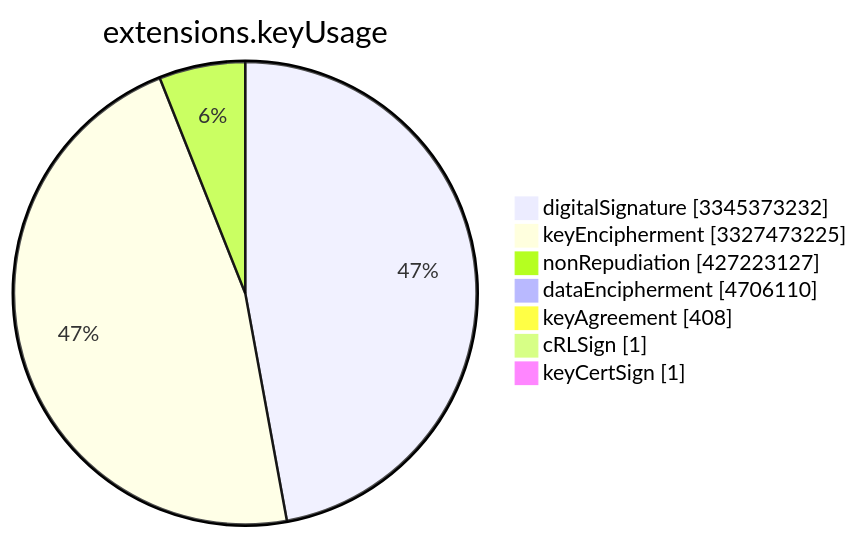
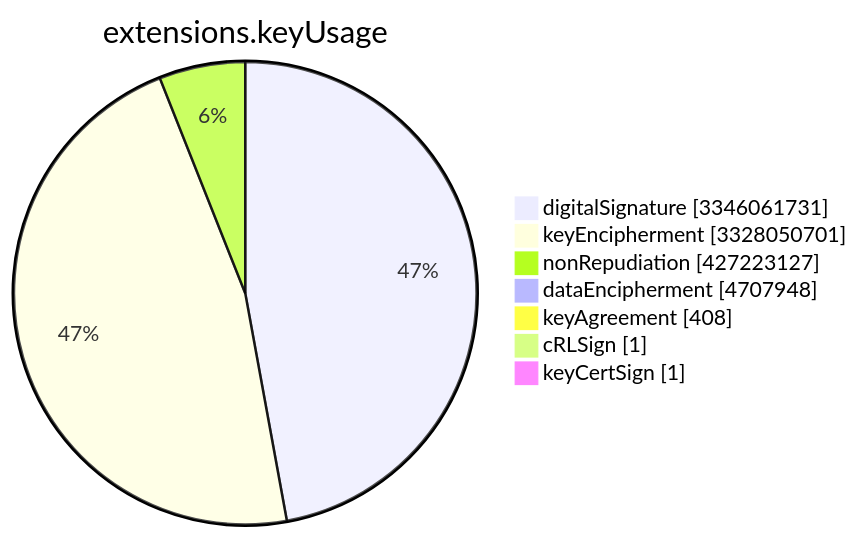
Before and after one commit to christiankrug/ctmonitor_visualization: the sixth of 15 diagrams in TOTAL/README.md, drawn with Mermaid. The commit also changed other lines of this file, not shown here.

````diff
--- a/TOTAL/README.md
+++ b/TOTAL/README.md
@@ -3079,11 +3079,11 @@
 ```mermaid
 pie showData
 title extensions.keyUsage
-"digitalSignature" :3345373232
-"keyEncipherment" :3327473225
+"digitalSignature" :3346061731
+"keyEncipherment" :3328050701
 "nonRepudiation" :427223127
-"dataEncipherment" :4706110
+"dataEncipherment" :4707948
 "keyAgreement" :408
 "cRLSign" :1
 "keyCertSign" :1
 ```
````
